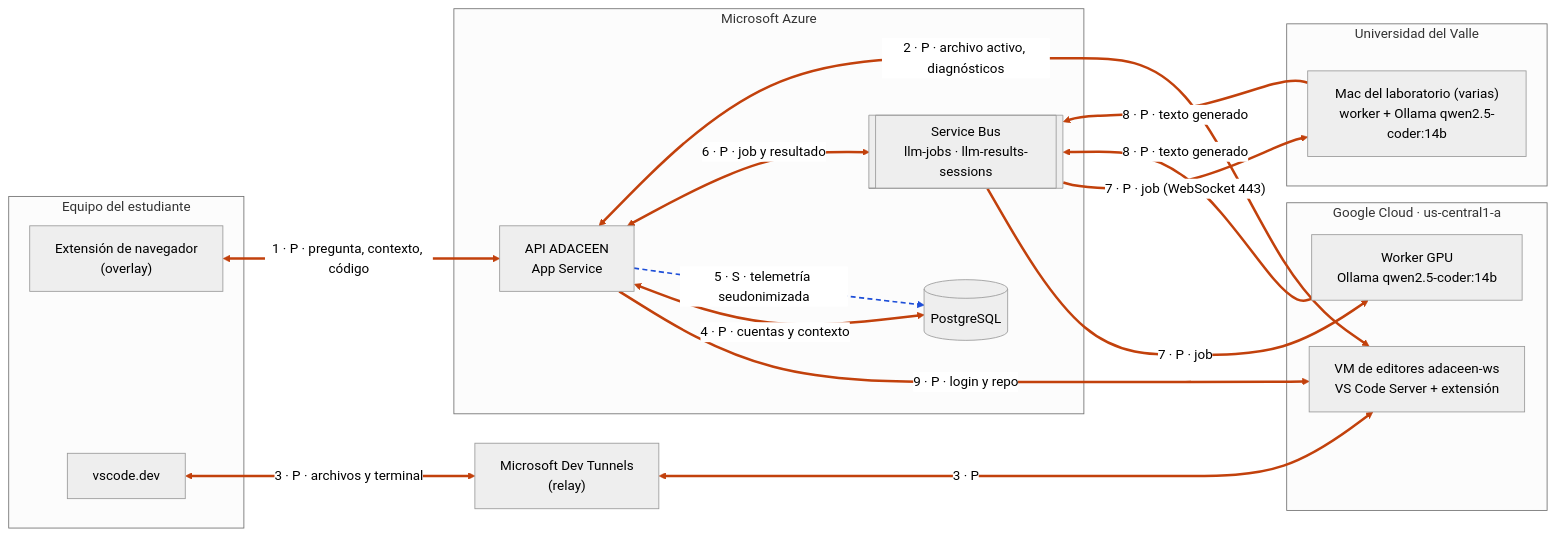
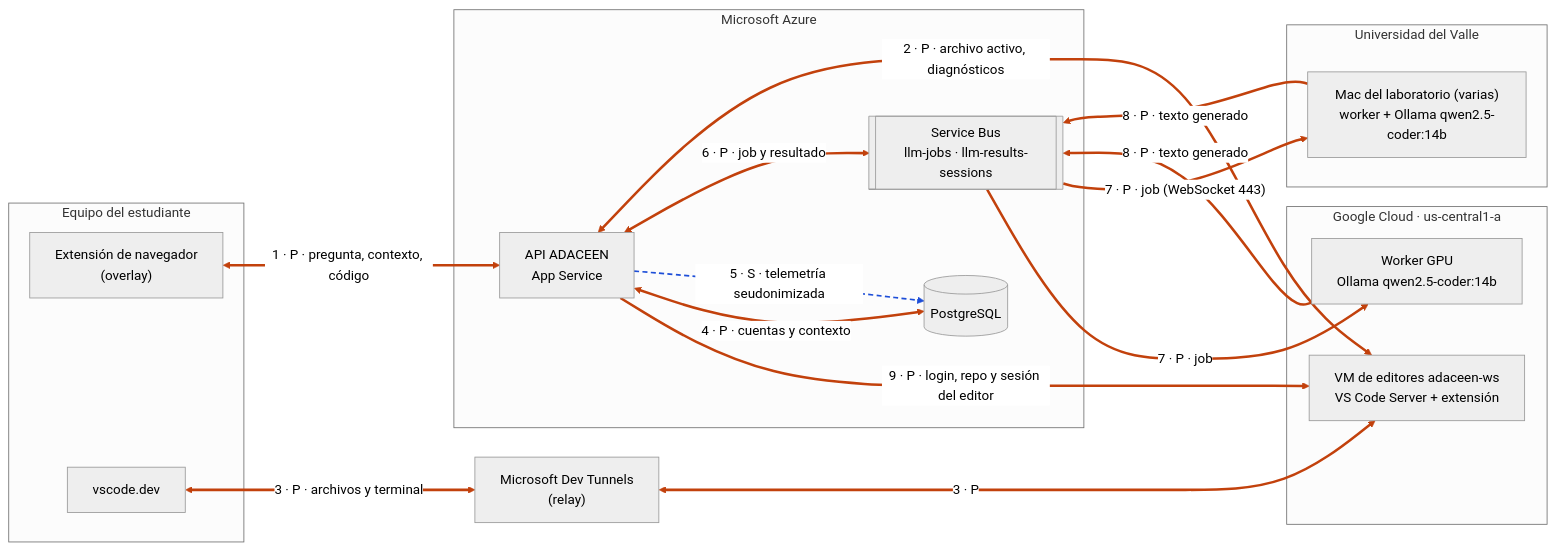
The diagram in docs/arquitectura/ruta-de-datos.md (eydersantiago/PDC), drawn with Mermaid (neutral theme) before and after one commit. The commit also changed other lines of this file and 8 other files, not shown here.

````diff
--- a/docs/arquitectura/ruta-de-datos.md
+++ b/docs/arquitectura/ruta-de-datos.md
@@ -32,36 +32,36 @@
 ```mermaid
 flowchart LR
   subgraph EST["Equipo del estudiante"]
     OV["Extensión de navegador<br/>(overlay)"]
     VD["vscode.dev"]
   end
   DT["Microsoft Dev Tunnels<br/>(relay)"]
   subgraph AZ["Microsoft Azure"]
     API["API ADACEEN<br/>App Service"]
     DB[("PostgreSQL")]
     SB[["Service Bus<br/>llm-jobs · llm-results-sessions"]]
   end
   subgraph GCP["Google Cloud · us-central1-a"]
     VM["VM de editores adaceen-ws<br/>VS Code Server + extensión"]
     WK["Worker GPU<br/>Ollama qwen2.5-coder:14b"]
   end
   subgraph UV["Universidad del Valle"]
     MAC["Mac del laboratorio (varias)<br/>worker + Ollama qwen2.5-coder:14b"]
   end
 
   OV <-->|"1 · P · pregunta, contexto, código"| API
   VD <-->|"3 · P · archivos y terminal"| DT
   DT <-->|"3 · P"| VM
   VM <-->|"2 · P · archivo activo, diagnósticos"| API
-  API -->|"9 · P · login y repo"| VM
+  API -->|"9 · P · login, repo y sesión del editor"| VM
   API <-->|"4 · P · cuentas y contexto"| DB
   API -->|"5 · S · telemetría seudonimizada"| DB
   API <-->|"6 · P · job y resultado"| SB
   SB -->|"7 · P · job"| WK
   WK -->|"8 · P · texto generado"| SB
   SB -->|"7 · P · job (WebSocket 443)"| MAC
   MAC -->|"8 · P · texto generado"| SB
 
   linkStyle 0,1,2,3,4,5,7,8,9,10,11 stroke:#c2410c,stroke-width:3px
   linkStyle 6 stroke:#1d4ed8,stroke-width:2px,stroke-dasharray:6 4
 ```
````
